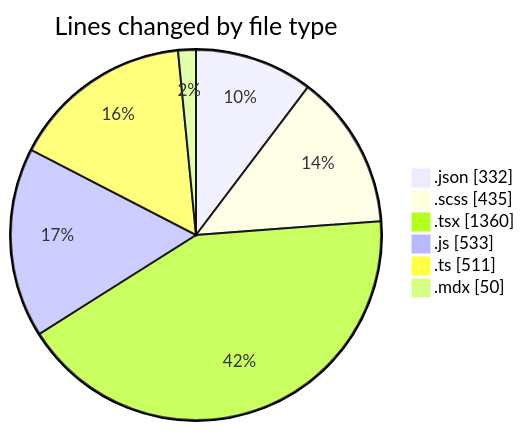
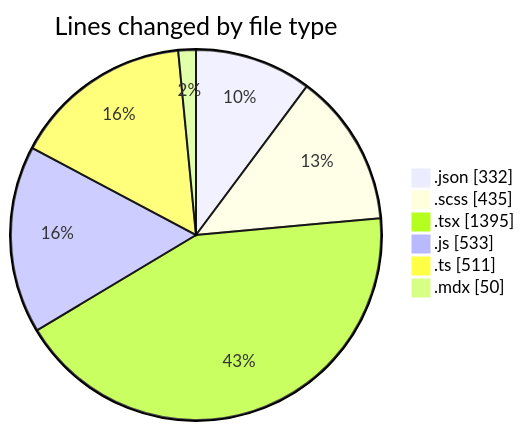
One commit to momahboobian/code-tracking changed the first of 2 diagrams in 2026-04-20/cda/README.md. Above: the diagram before and after it, drawn with Mermaid. The commit also changed other lines of this file and 1 other file, not shown here.

````diff
--- a/2026-04-20/cda/README.md
+++ b/2026-04-20/cda/README.md
@@ -38,10 +38,10 @@
 ```mermaid
 pie showData
 title Lines changed by file type
 ".json" : 332
 ".scss" : 435
-".tsx" : 1360
+".tsx" : 1395
 ".js" : 533
 ".ts" : 511
 ".mdx" : 50
 ```
````
